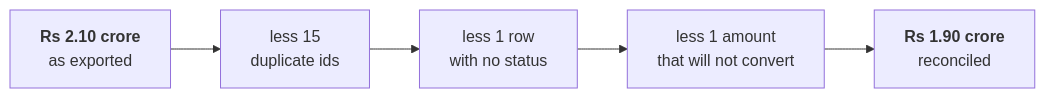
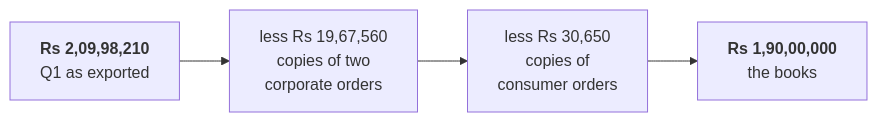
The fourth of 6 diagrams in content/W03/D1/slides/C2_W03_D01_introduction_STUDENT.md (fde-academy-lab/c2-content-factory), drawn with Mermaid before and after one commit. The commit also changed other lines of this file and 1 other file, not shown here.

````diff
--- a/content/W03/D1/slides/C2_W03_D01_introduction_STUDENT.md
+++ b/content/W03/D1/slides/C2_W03_D01_introduction_STUDENT.md
@@ -307,7 +379,6 @@
 ```mermaid
 flowchart LR
-    A["<b>Rs 2.10 crore</b><br/>as exported"] --> B["less 15<br/>duplicate ids"]
-    B --> C["less 1 row<br/>with no status"]
-    C --> D["less 1 amount<br/>that will not convert"]
-    D --> E["<b>Rs 1.90 crore</b><br/>reconciled"]
+    A["<b>Rs 2,09,98,210</b><br/>Q1 as exported"] --> B["less Rs 19,67,560<br/>copies of two<br/>corporate orders"]
+    B --> C["less Rs 30,650<br/>copies of<br/>consumer orders"]
+    C --> E["<b>Rs 1,90,00,000</b><br/>the books"]
 ```
````
